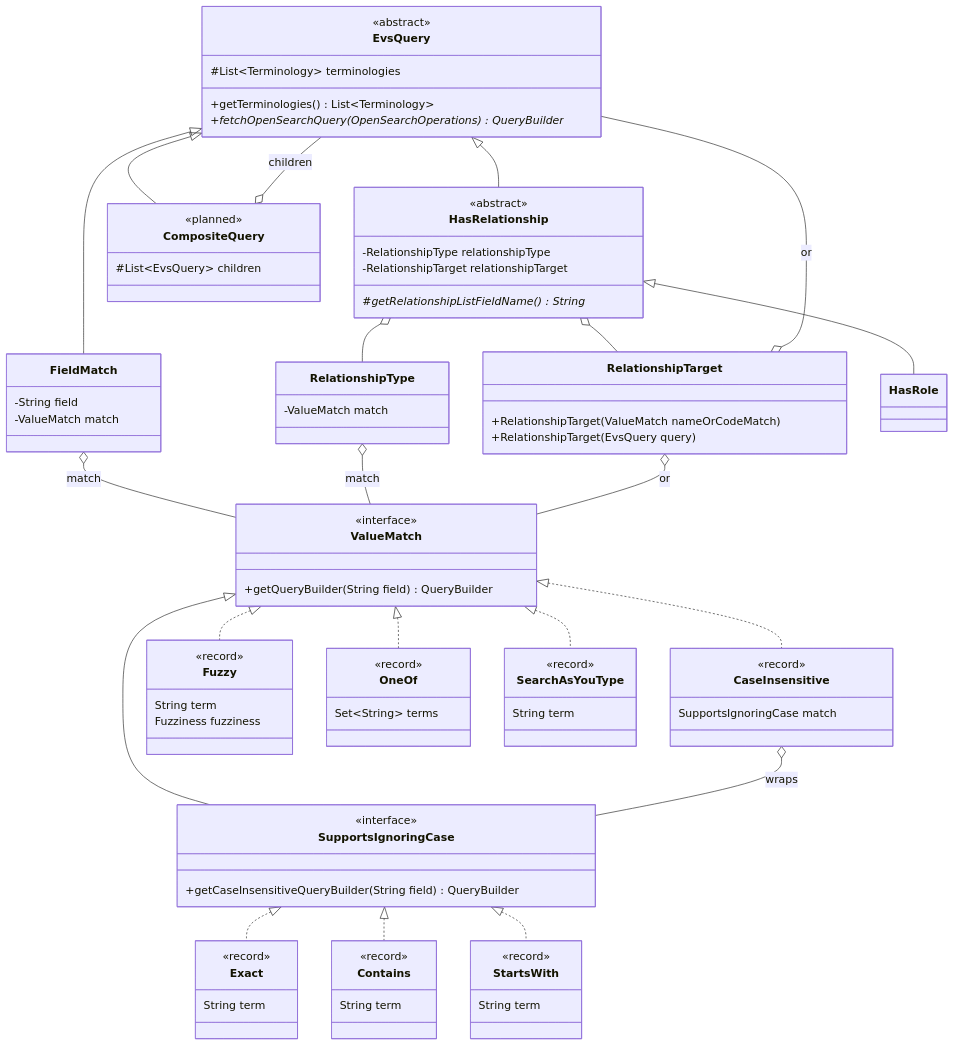
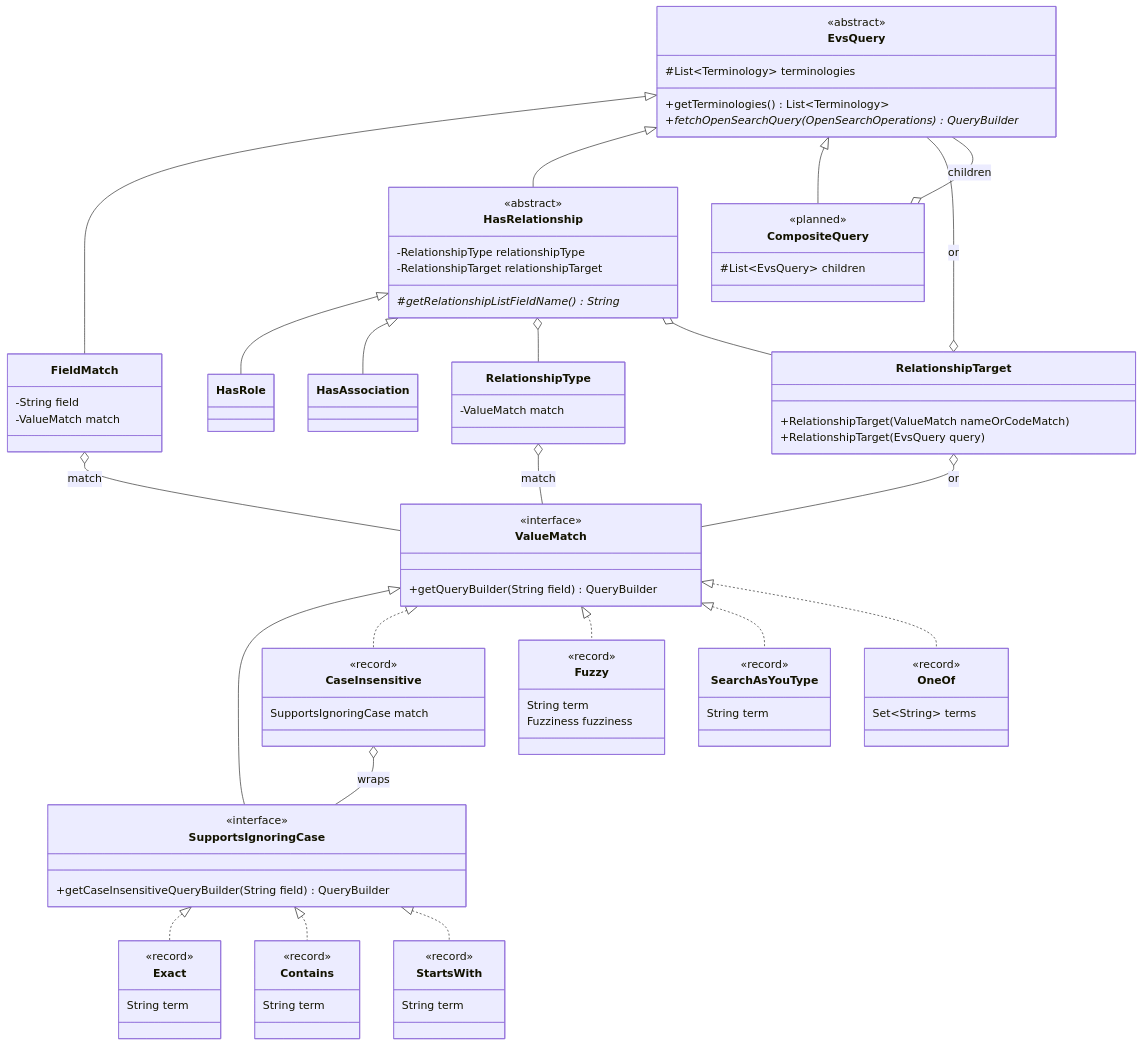
The diagram in src/main/java/gov/nih/nci/evs/api/query/README.md (WestCoastInformatics/evsrestapi), drawn with Mermaid before and after one commit. The commit also changed other lines of this file and 6 other files, not shown here.

First line of the commit message:
Add HasAssociation query node with optional association targets

```diff
--- a/src/main/java/gov/nih/nci/evs/api/query/README.md
+++ b/src/main/java/gov/nih/nci/evs/api/query/README.md
@@ -123,6 +123,7 @@
     EvsQuery <|-- HasRelationship
     EvsQuery <|-- CompositeQuery
     HasRelationship <|-- HasRole
+    HasRelationship <|-- HasAssociation
     CompositeQuery o-- EvsQuery : children
     FieldMatch o-- ValueMatch : match
     HasRelationship o-- RelationshipType
```
